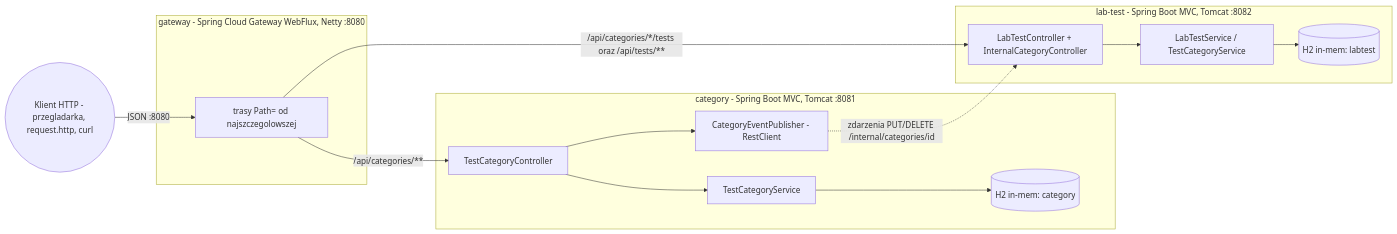
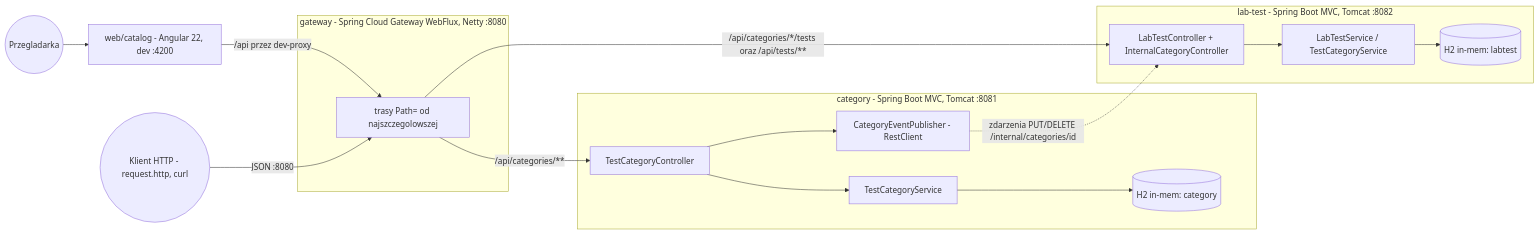
Before and after one commit to Zambrzyckii/Medata: the first of 3 diagrams in docs/pl/ARCHITECTURE.md, drawn with Mermaid. The commit also changed other lines of this file and 48 other files, not shown here.

````diff
--- a/docs/pl/ARCHITECTURE.md
+++ b/docs/pl/ARCHITECTURE.md
@@ -8,17 +8,19 @@
 ```mermaid
 flowchart LR
-    Client((Klient HTTP - przegladarka, request.http, curl)) -->|"JSON :8080"| GW
+    Browser((Przegladarka)) --> FE[web/catalog - Angular 22, dev :4200]
+    FE -->|"/api przez dev-proxy"| GW
+    Client((Klient HTTP - request.http, curl)) -->|"JSON :8080"| GW
     subgraph gw [gateway - Spring Cloud Gateway WebFlux, Netty :8080]
         GW[trasy Path= od najszczegolowszej]
     end
     GW -->|"/api/categories/**"| CATC
     GW -->|"/api/categories/*/tests oraz /api/tests/**"| LTC
     subgraph cat [category - Spring Boot MVC, Tomcat :8081]
         CATC[TestCategoryController] --> CATS[TestCategoryService] --> CATDB[(H2 in-mem: category)]
         CATC --> PUB[CategoryEventPublisher - RestClient]
     end
     subgraph lt [lab-test - Spring Boot MVC, Tomcat :8082]
         LTC[LabTestController + InternalCategoryController] --> LTS[LabTestService / TestCategoryService] --> LTDB[(H2 in-mem: labtest)]
     end
     PUB -. "zdarzenia PUT/DELETE /internal/categories/id" .-> LTC
 ```
````
